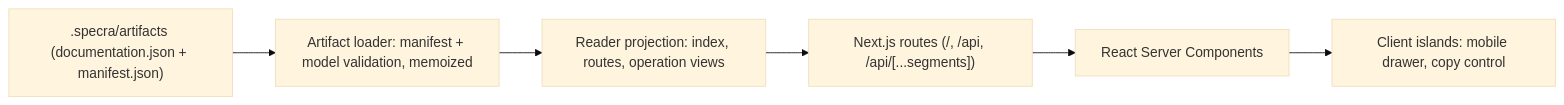
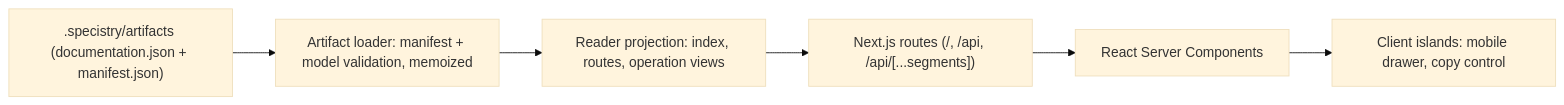
One commit to yannisyoussef/specistry changed the seventh of 12 diagrams in docs/architecture/README.md. Above: the diagram before and after it, drawn with Mermaid (base theme). The commit also changed other lines of this file and 329 other files, not shown here.

````diff
--- a/docs/architecture/README.md
+++ b/docs/architecture/README.md
@@ -186,8 +186,8 @@
 ```mermaid
 flowchart LR
-  Artifact[".specra/artifacts (documentation.json + manifest.json)"] --> Loader["Artifact loader: manifest + model validation, memoized"]
+  Artifact[".specistry/artifacts (documentation.json + manifest.json)"] --> Loader["Artifact loader: manifest + model validation, memoized"]
   Loader --> Projection["Reader projection: index, routes, operation views"]
   Projection --> Routes["Next.js routes (/, /api, /api/[...segments])"]
   Routes --> RSC["React Server Components"]
   RSC --> Islands["Client islands: mobile drawer, copy control"]
 ```
````
